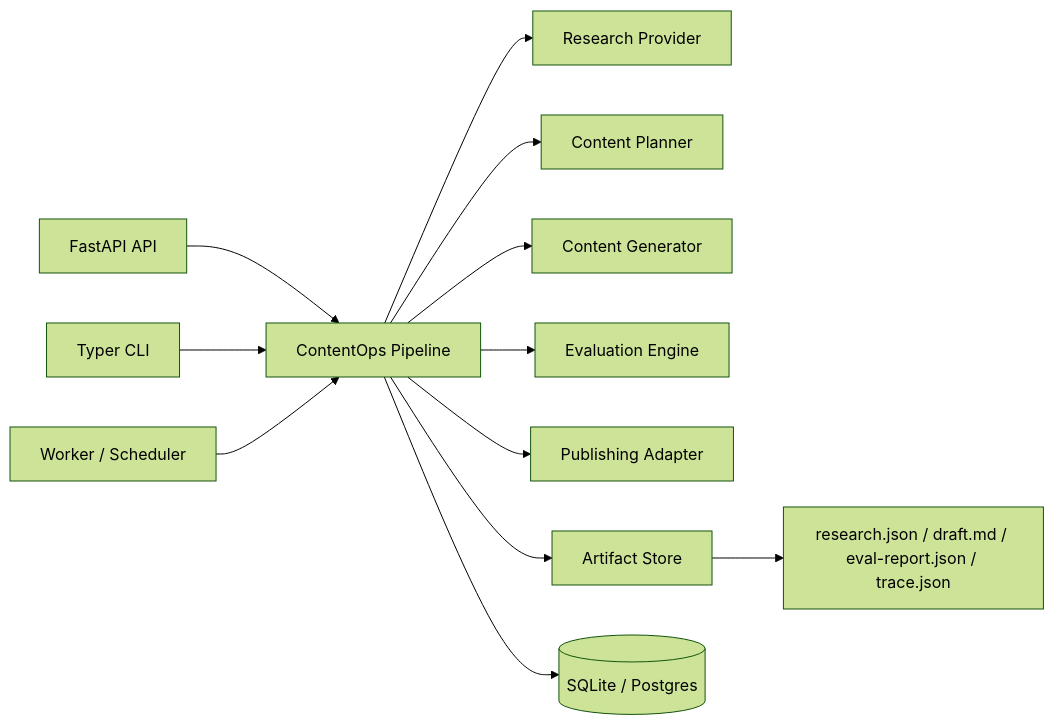
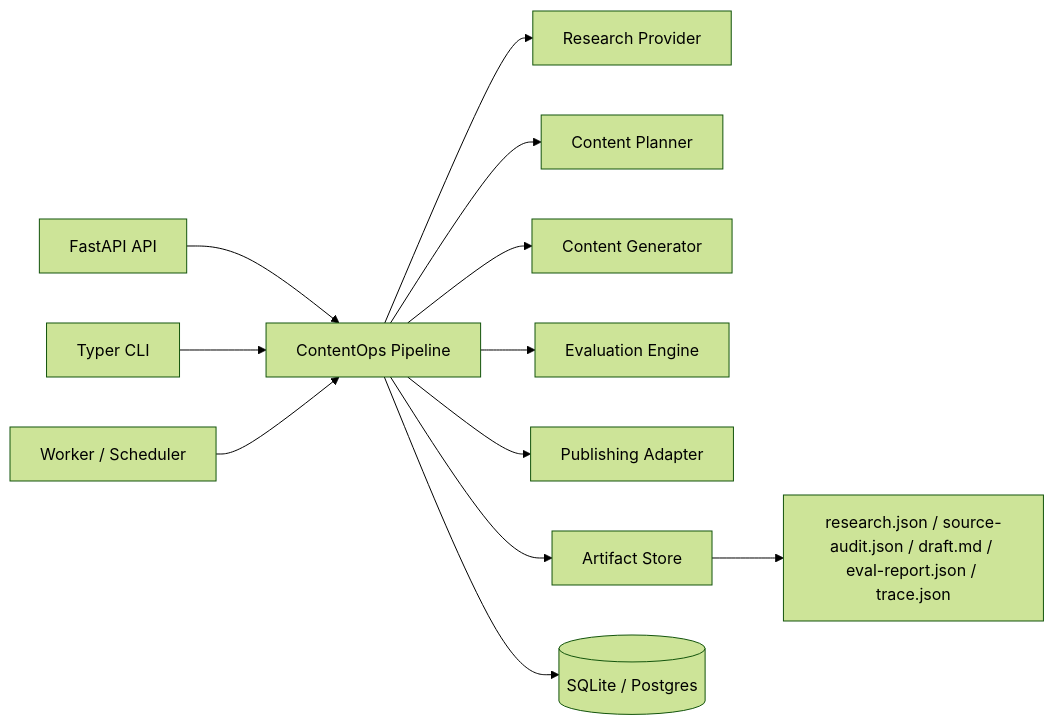
Before and after one commit to zemeng2015/ai-contentops-studio: the diagram in docs/architecture.md, drawn with Mermaid (forest theme). The commit also changed other lines of this file and 8 other files, not shown here.

Commit message:
Add source audit reports

````diff
--- a/docs/architecture.md
+++ b/docs/architecture.md
@@ -6,14 +6,14 @@
 ```mermaid
 flowchart LR
   API[FastAPI API] --> Pipeline[ContentOps Pipeline]
   CLI[Typer CLI] --> Pipeline
   Worker[Worker / Scheduler] --> Pipeline
   Pipeline --> Research[Research Provider]
   Pipeline --> Planner[Content Planner]
   Pipeline --> Generator[Content Generator]
   Pipeline --> Evaluator[Evaluation Engine]
   Pipeline --> Publisher[Publishing Adapter]
   Pipeline --> Store[Artifact Store]
   Pipeline --> DB[(SQLite / Postgres)]
-  Store --> Artifacts[research.json / draft.md / eval-report.json / trace.json]
+  Store --> Artifacts[research.json / source-audit.json / draft.md / eval-report.json / trace.json]
 ```
````
